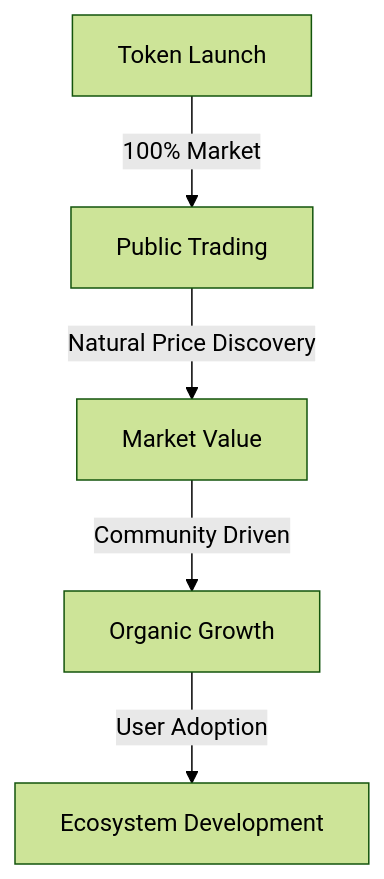
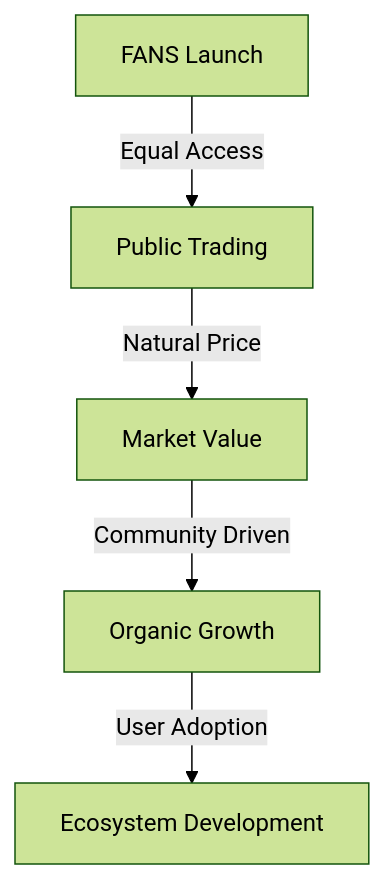
Before and after one commit to MEMEFANS/memefans: the diagram in docs/market-analysis.md, drawn with Mermaid (forest theme). The commit also changed other lines of this file and 11 other files, not shown here.

Commit message:
docs: add comprehensive documentation including fair launch mechanism, system architecture, and more

````diff
--- a/docs/market-analysis.md
+++ b/docs/market-analysis.md
@@ -161,7 +163,7 @@
 ```mermaid
 graph TD
-    A[Token Launch] -->|100% Market| B[Public Trading]
-    B -->|Natural Price Discovery| C[Market Value]
+    A[FANS Launch] -->|Equal Access| B[Public Trading]
+    B -->|Natural Price| C[Market Value]
     C -->|Community Driven| D[Organic Growth]
     D -->|User Adoption| E[Ecosystem Development]
 ```
````
